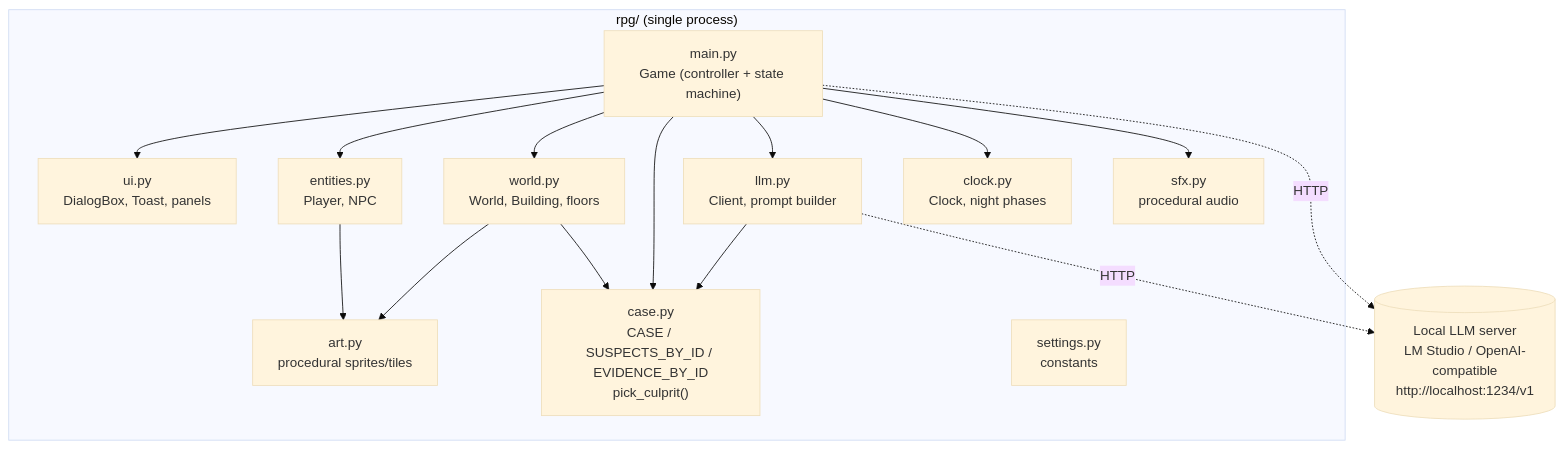
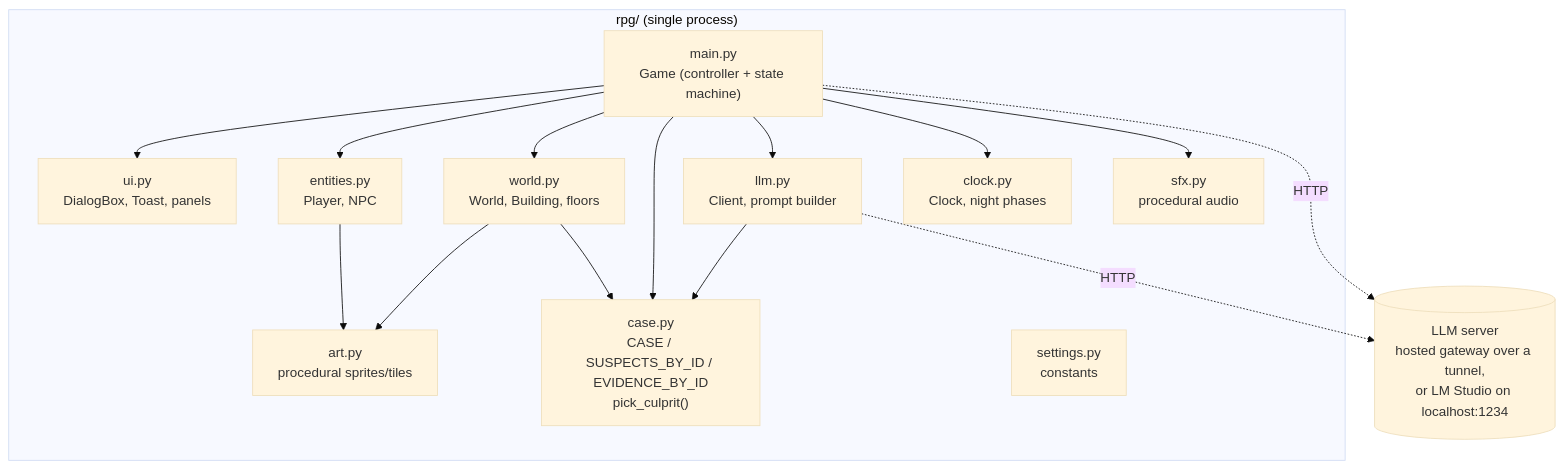
Before and after one commit to Dekpunpun/Kod-AI: the first of 7 diagrams in docs/diagrams.md, drawn with Mermaid (base theme). The commit also changed other lines of this file and 11 other files, not shown here.

````diff
--- a/docs/diagrams.md
+++ b/docs/diagrams.md
@@ -26,30 +26,30 @@
 ```mermaid
 graph TD
     subgraph "rpg/ (single process)"
         MAIN["main.py<br/>Game (controller + state machine)"]
         UI["ui.py<br/>DialogBox, Toast, panels"]
         ENT["entities.py<br/>Player, NPC"]
         WORLD["world.py<br/>World, Building, floors"]
         ART["art.py<br/>procedural sprites/tiles"]
         SFX["sfx.py<br/>procedural audio"]
         CLOCK["clock.py<br/>Clock, night phases"]
         CASE["case.py<br/>CASE / SUSPECTS_BY_ID / EVIDENCE_BY_ID<br/>pick_culprit()"]
         LLM["llm.py<br/>Client, prompt builder"]
         SET["settings.py<br/>constants"]
     end
-    EXT[("Local LLM server<br/>LM Studio / OpenAI-compatible<br/>http://localhost:1234/v1")]
+    EXT[("LLM server<br/>hosted gateway over a tunnel,<br/>or LM Studio on localhost:1234")]
 
     MAIN --> UI
     MAIN --> ENT
     MAIN --> WORLD
     MAIN --> CASE
     MAIN --> LLM
     MAIN --> CLOCK
     WORLD --> ART
     WORLD --> CASE
     ENT --> ART
     MAIN --> SFX
     LLM --> CASE
     MAIN -.HTTP.-> EXT
     LLM -.HTTP.-> EXT
 ```
````
